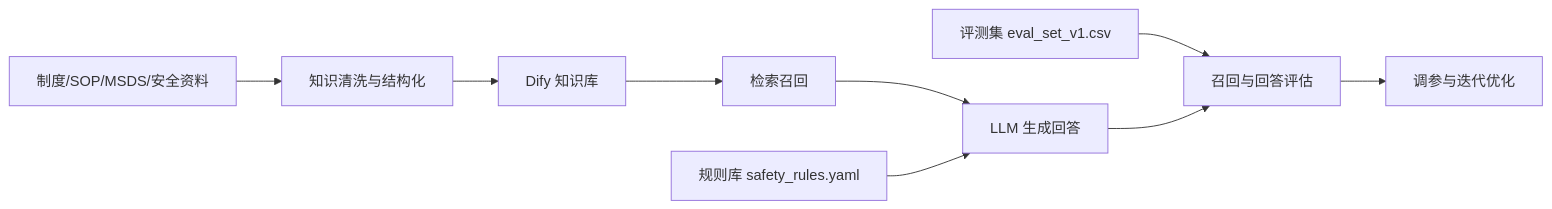
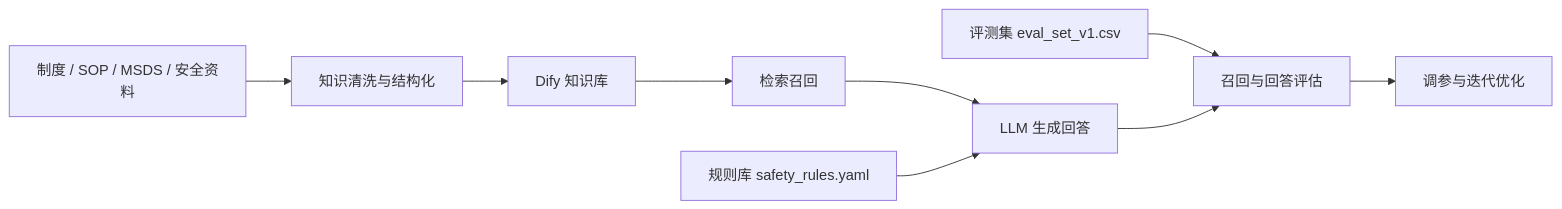
One commit to leilehuimieba/lab-safety-assistant changed the diagram in README.md. Above: the diagram before and after it, drawn with Mermaid. The commit also changed other lines of this file and 3 other files, not shown here.

````diff
--- a/README.md
+++ b/README.md
@@ -105,11 +112,11 @@
 ```mermaid
 flowchart LR
-    A["制度/SOP/MSDS/安全资料"] --> B["知识清洗与结构化"]
+    A["制度 / SOP / MSDS / 安全资料"] --> B["知识清洗与结构化"]
     B --> C["Dify 知识库"]
     C --> D["检索召回"]
     D --> E["LLM 生成回答"]
     F["规则库 safety_rules.yaml"] --> E
     G["评测集 eval_set_v1.csv"] --> H["召回与回答评估"]
     E --> H
     H --> I["调参与迭代优化"]
 ```
````
